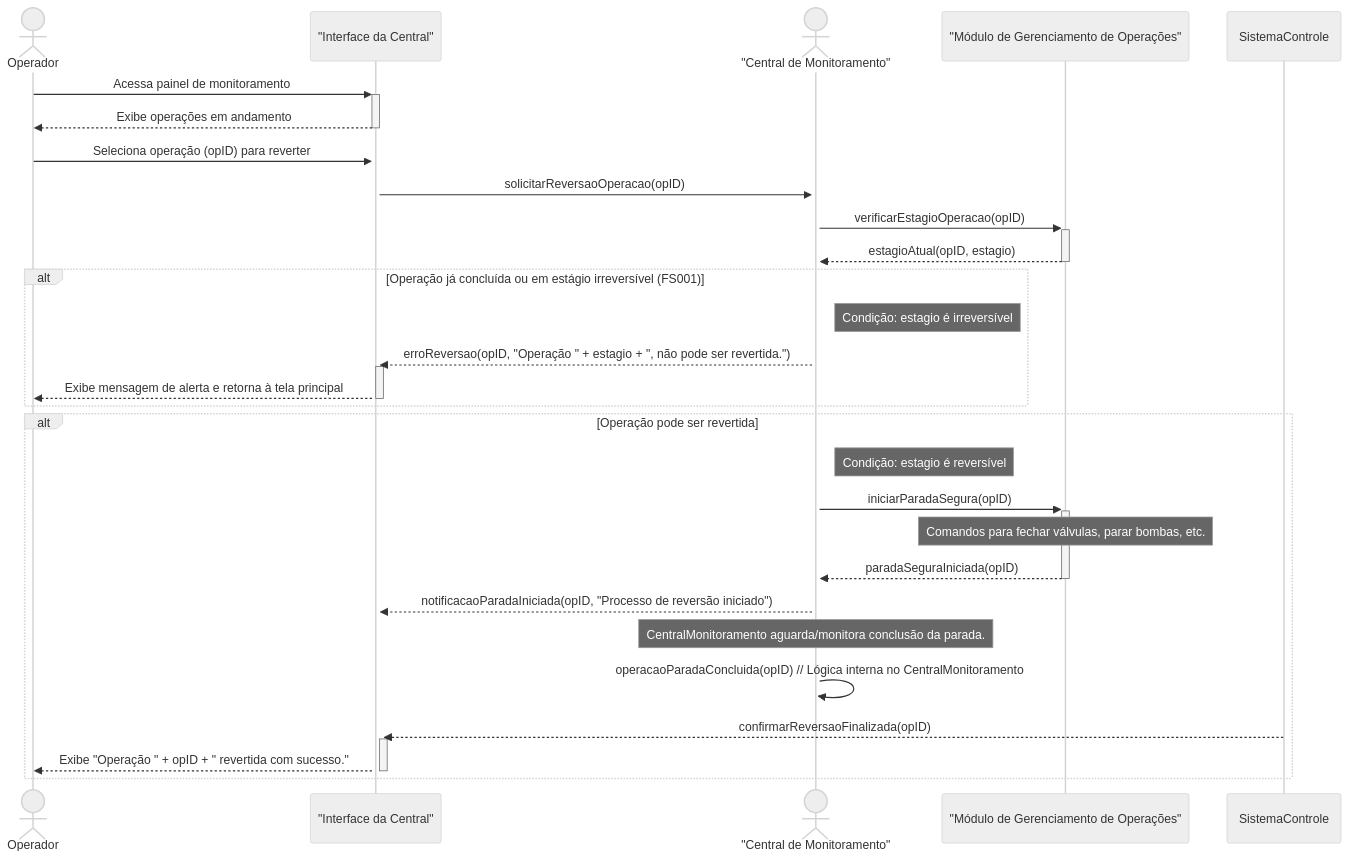
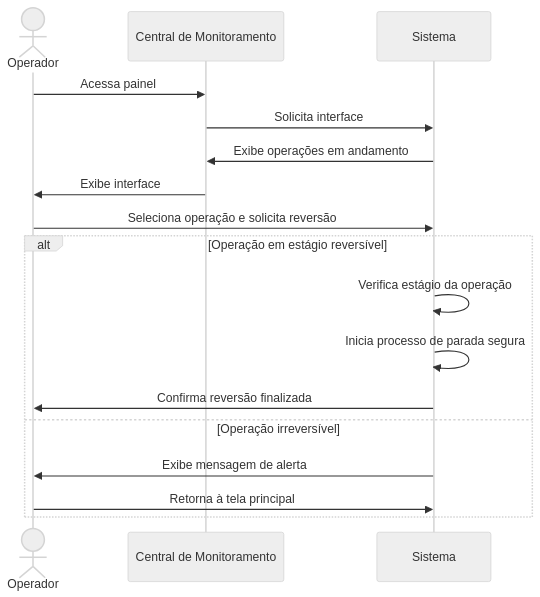
The third of 17 diagrams in README.md (gbalbuquerque/IndustriaTintas), drawn with Mermaid (neutral theme) before and after one commit. The commit also changed other lines of this file, not shown here.

````diff
--- a/README.md
+++ b/README.md
@@ -224,35 +223,23 @@
 ```mermaid
 sequenceDiagram
+    
     actor Operador
-    participant UI_Central as "Interface da Central"
-    actor CentralMonitoramento as "Central de Monitoramento"
-    participant ModuloOperacoes as "Módulo de Gerenciamento de Operações"
+    participant Central de Monitoramento
+    participant Sistema
 
-    Operador->>+UI_Central: Acessa painel de monitoramento
-    UI_Central-->>-Operador: Exibe operações em andamento
+    Operador->>Central de Monitoramento: Acessa painel
+    Central de Monitoramento->>Sistema: Solicita interface
+    Sistema->>Central de Monitoramento: Exibe operações em andamento
+    Central de Monitoramento->>Operador: Exibe interface
 
-    Operador->>+UI_Central: Seleciona operação (opID) para reverter
-    UI_Central->>+CentralMonitoramento: solicitarReversaoOperacao(opID)
+    Operador->>Sistema: Seleciona operação e solicita reversão
 
-    CentralMonitoramento->>+ModuloOperacoes: verificarEstagioOperacao(opID)
-    ModuloOperacoes-->>-CentralMonitoramento: estagioAtual(opID, estagio)
-
-    alt Operação já concluída ou em estágio irreversível (FS001)
-        Note right of CentralMonitoramento: Condição: estagio é irreversível
-        CentralMonitoramento-->>+UI_Central: erroReversao(opID, "Operação " + estagio + ", não pode ser revertida.")
-        UI_Central-->>-Operador: Exibe mensagem de alerta e retorna à tela principal
-    end
-
-    alt Operação pode ser revertida
-        Note right of CentralMonitoramento: Condição: estagio é reversível
-        CentralMonitoramento->>+ModuloOperacoes: iniciarParadaSegura(opID)
-        Note over ModuloOperacoes: Comandos para fechar válvulas, parar bombas, etc.
-        ModuloOperacoes-->>-CentralMonitoramento: paradaSeguraIniciada(opID)
-        CentralMonitoramento-->>+UI_Central: notificacaoParadaIniciada(opID, "Processo de reversão iniciado")
-
-        Note over CentralMonitoramento: CentralMonitoramento aguarda/monitora conclusão da parada.
-        CentralMonitoramento->>CentralMonitoramento: operacaoParadaConcluida(opID) // Lógica interna no CentralMonitoramento
-        SistemaControle-->>+UI_Central: confirmarReversaoFinalizada(opID)
-        UI_Central-->>-Operador: Exibe "Operação " + opID + " revertida com sucesso."
+    alt Operação em estágio reversível
+        Sistema->>Sistema: Verifica estágio da operação
+        Sistema->>Sistema: Inicia processo de parada segura
+        Sistema->>Operador: Confirma reversão finalizada
+    else Operação irreversível
+        Sistema->>Operador: Exibe mensagem de alerta
+        Operador->>Sistema: Retorna à tela principal
     end
 ```
````
